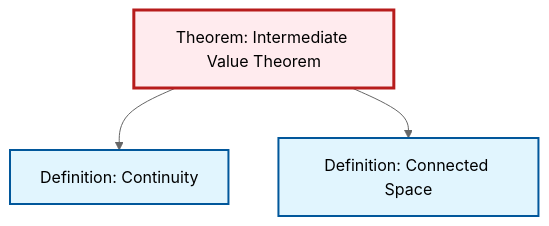
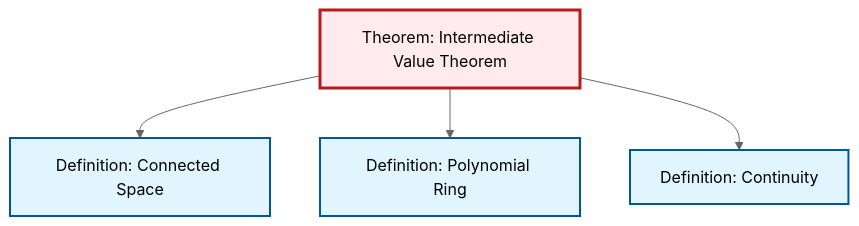
Before and after one commit to RK0429/ModernMath: the diagram in content/ja/topology/thm-intermediate-value.qmd, drawn with Mermaid (neutral theme). The commit also changed other lines of this file and 434 other files, not shown here.

First line of the commit message:
feat: Add polynomial ring definition with comprehensive cross-references

````diff
--- a/content/ja/topology/thm-intermediate-value.qmd
+++ b/content/ja/topology/thm-intermediate-value.qmd
@@ -51,17 +52,20 @@
 ```{mermaid}
 %%| fig-cap: "Local dependency graph"
 graph TD
     classDef definition fill:#e1f5fe,stroke:#01579b,stroke-width:2px
     classDef theorem fill:#f3e5f5,stroke:#4a148c,stroke-width:2px
     classDef axiom fill:#fff3e0,stroke:#e65100,stroke-width:2px
     classDef example fill:#e8f5e9,stroke:#1b5e20,stroke-width:2px
     classDef current fill:#ffebee,stroke:#b71c1c,stroke-width:3px
+    thm-intermediate-value["Theorem: Intermediate Value Theorem"]:::theorem
+    def-polynomial-ring["Definition: Polynomial Ring"]:::definition
     def-continuity["Definition: Continuity"]:::definition
-    thm-intermediate-value["Theorem: Intermediate Value Theorem"]:::theorem
     def-connected["Definition: Connected Space"]:::definition
+    thm-intermediate-value --> def-connected
+    thm-intermediate-value --> def-polynomial-ring
     thm-intermediate-value --> def-continuity
-    thm-intermediate-value --> def-connected
     class thm-intermediate-value current
+    click def-polynomial-ring "def-polynomial-ring.html" "Definition: Polynomial Ringへ"
     click def-continuity "def-continuity.html" "Definition: Continuityへ"
     click def-connected "def-connected.html" "Definition: Connected Spaceへ"
 ```
````
